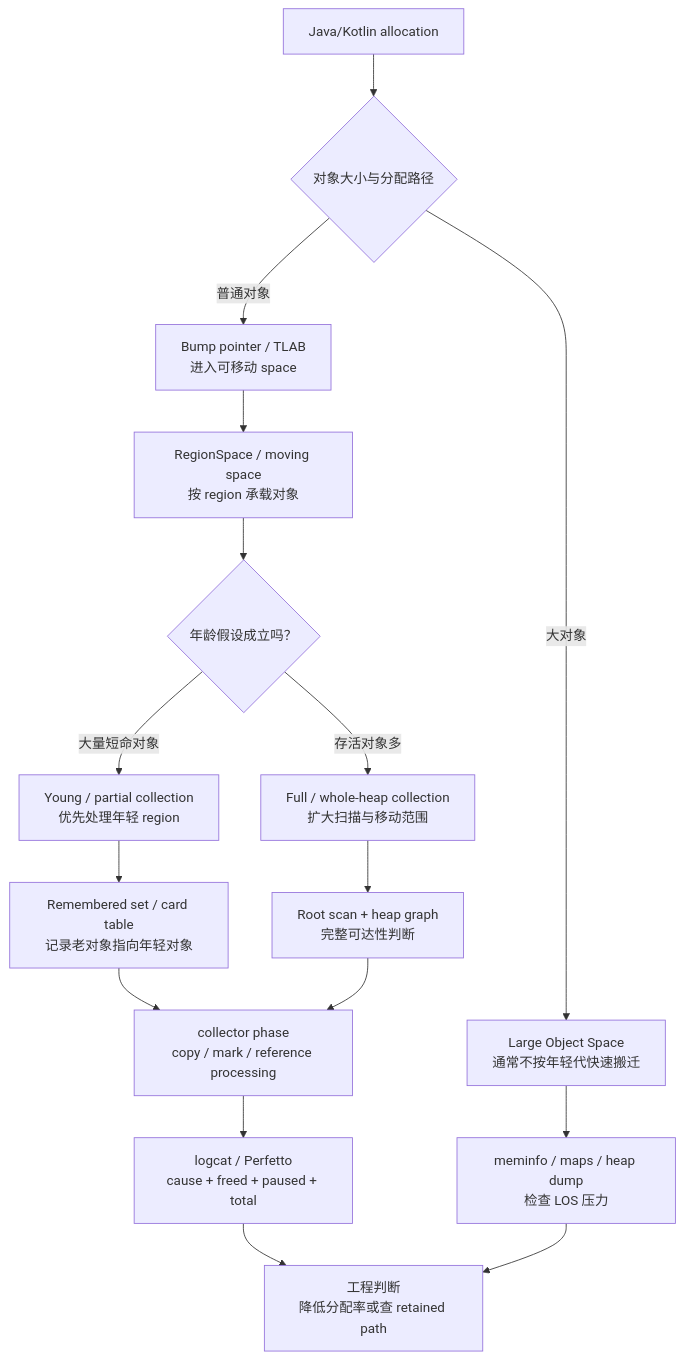
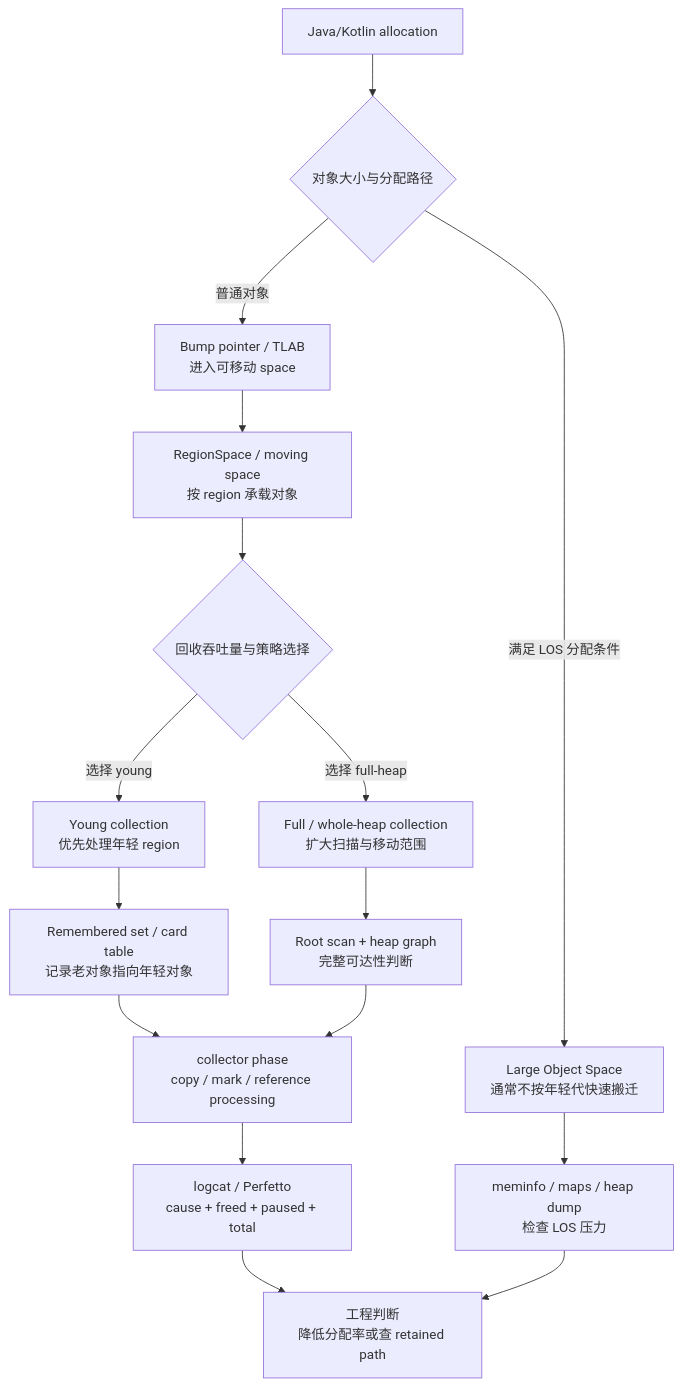
Before and after one commit to hello-he/android-memory-expert: the first of 3 diagrams in docs/week-02/day14-generational-gc-in-art.md, drawn with Mermaid. The commit also changed other lines of this file and 13 other files, not shown here.

````diff
--- a/docs/week-02/day14-generational-gc-in-art.md
+++ b/docs/week-02/day14-generational-gc-in-art.md
@@ -17,22 +17,22 @@
 ```mermaid
 flowchart TD
   A["Java/Kotlin allocation"] --> B{"对象大小与分配路径"}
   B -->|普通对象| C["Bump pointer / TLAB\n进入可移动 space"]
-  B -->|大对象| D["Large Object Space\n通常不按年轻代快速搬迁"]
+  B -->|满足 LOS 分配条件| D["Large Object Space\n通常不按年轻代快速搬迁"]
 
   C --> E["RegionSpace / moving space\n按 region 承载对象"]
-  E --> F{"年龄假设成立吗？"}
+  E --> F{"回收吞吐量与策略选择"}
 
-  F -->|大量短命对象| G["Young / partial collection\n优先处理年轻 region"]
-  F -->|存活对象多| H["Full / whole-heap collection\n扩大扫描与移动范围"]
+  F -->|选择 young| G["Young collection\n优先处理年轻 region"]
+  F -->|选择 full-heap| H["Full / whole-heap collection\n扩大扫描与移动范围"]
 
   G --> I["Remembered set / card table\n记录老对象指向年轻对象"]
   H --> J["Root scan + heap graph\n完整可达性判断"]
 
   I --> K["collector phase\ncopy / mark / reference processing"]
   J --> K
   K --> L["logcat / Perfetto\ncause + freed + paused + total"]
   D --> M["meminfo / maps / heap dump\n检查 LOS 压力"]
   L --> N["工程判断\n降低分配率或查 retained path"]
   M --> N
 ```
````
